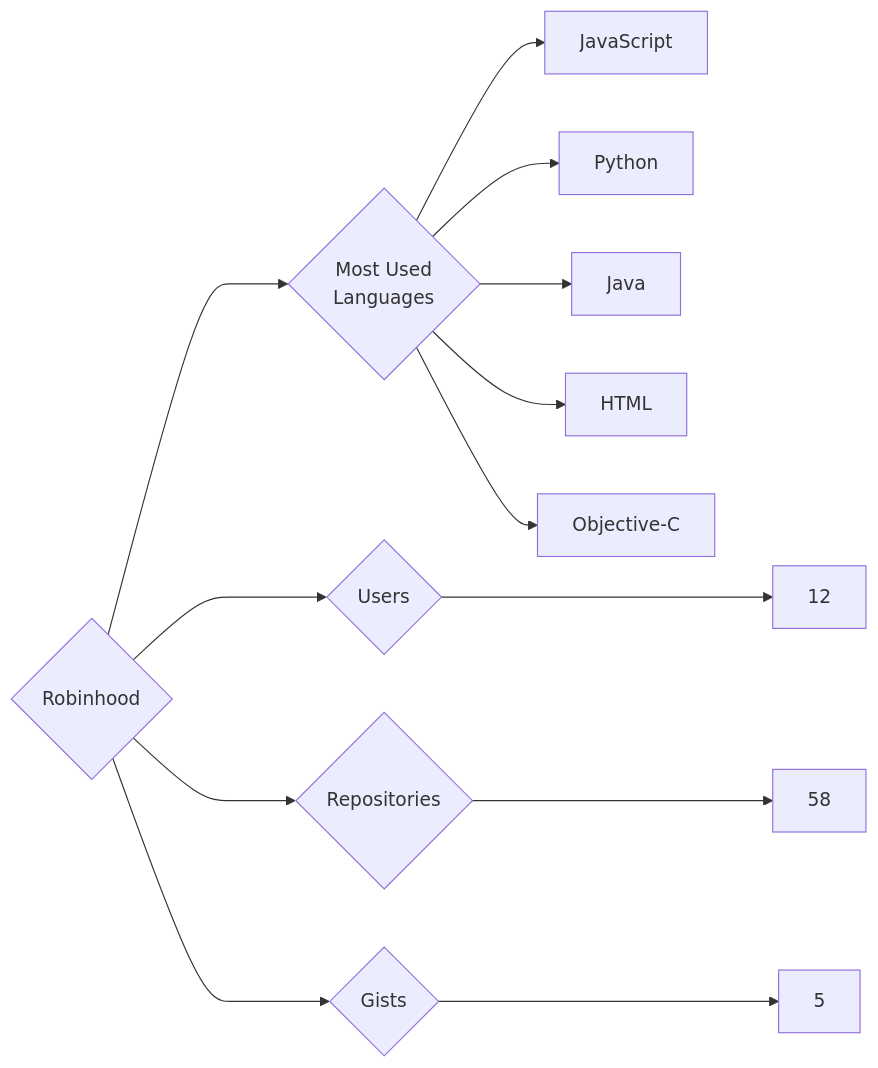
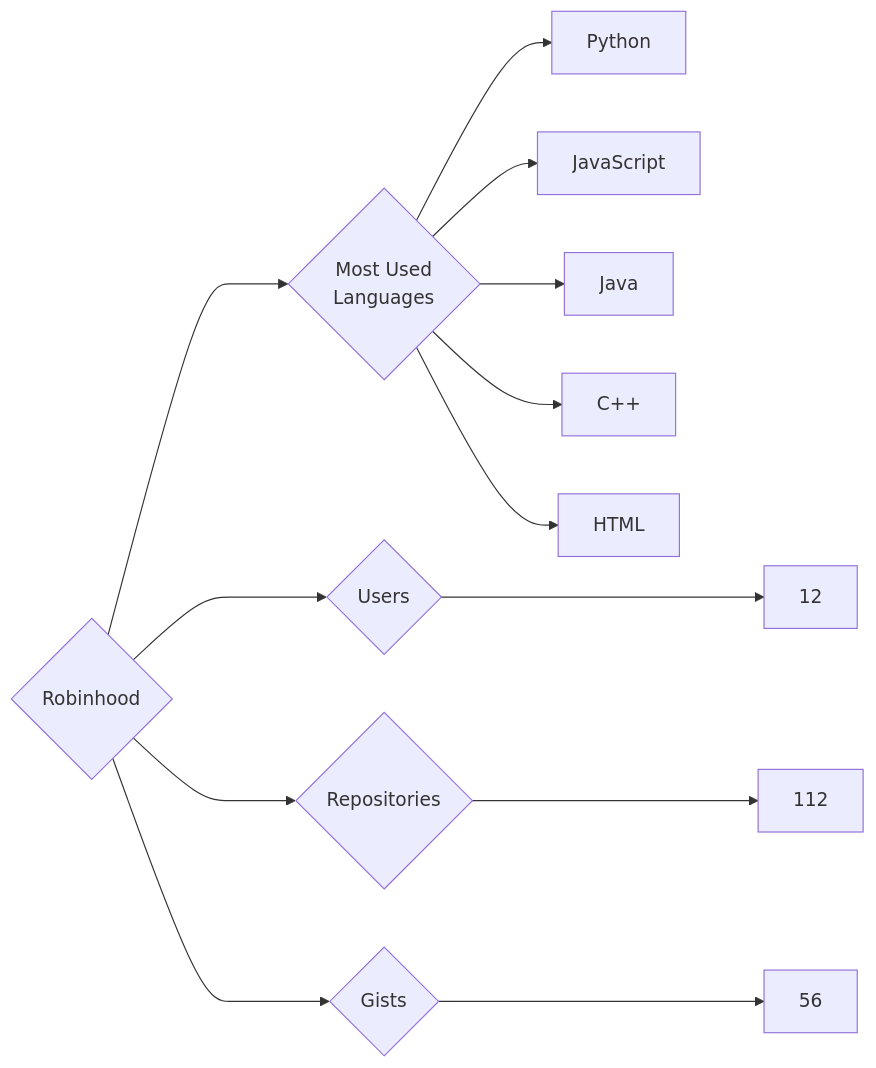
The diagram in targets/Robinhood/README.md (trickest/insiders), drawn with Mermaid before and after one commit. The commit also changed 797 other files, not shown here.

````diff
--- a/targets/Robinhood/README.md
+++ b/targets/Robinhood/README.md
@@ -3,13 +3,13 @@
 ```mermaid
 graph LR
 COMPANY_NAME{Robinhood}
 COMPANY_NAME ---> U{Users} ---> UN[12]
-COMPANY_NAME ---> R{Repositories} ---> RN[58]
-COMPANY_NAME ---> G{Gists} ---> GN[5]
+COMPANY_NAME ---> R{Repositories} ---> RN[112]
+COMPANY_NAME ---> G{Gists} ---> GN[56]
 COMPANY_NAME ---> ML{Most Used<br>Languages}
+ML --> Python[Python]
 ML --> JavaScript[JavaScript]
-ML --> Python[Python]
 ML --> Java[Java]
+ML --> C++[C++]
 ML --> HTML[HTML]
-ML --> Objective-C[Objective-C]
 ```
````
